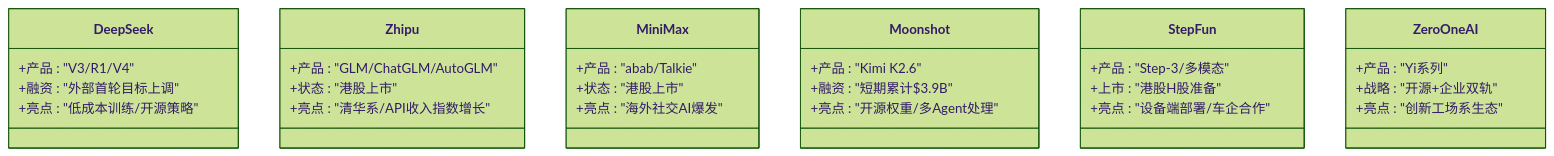
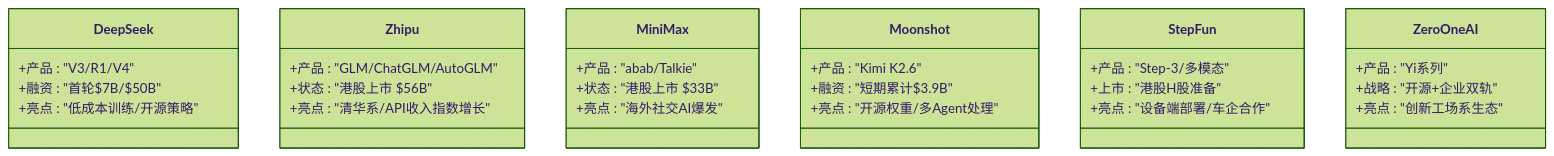
One commit to allengaller/awesome-startups changed the third of 7 diagrams in .qoder/repowiki/zh/content/中国初创公司.md. Above: the diagram before and after it, drawn with Mermaid (forest theme). The commit also changed other lines of this file and 20 other files, not shown here.

````diff
--- a/.qoder/repowiki/zh/content/中国初创公司.md
+++ b/.qoder/repowiki/zh/content/中国初创公司.md
@@ -79,33 +93,33 @@
 ```mermaid
 classDiagram
 class DeepSeek {
 +产品 : "V3/R1/V4"
-+融资 : "外部首轮目标上调"
++融资 : "首轮$7B/$50B"
 +亮点 : "低成本训练/开源策略"
 }
 class Zhipu {
 +产品 : "GLM/ChatGLM/AutoGLM"
-+状态 : "港股上市"
++状态 : "港股上市 $56B"
 +亮点 : "清华系/API收入指数增长"
 }
 class MiniMax {
 +产品 : "abab/Talkie"
-+状态 : "港股上市"
++状态 : "港股上市 $33B"
 +亮点 : "海外社交AI爆发"
 }
 class Moonshot {
 +产品 : "Kimi K2.6"
 +融资 : "短期累计$3.9B"
 +亮点 : "开源权重/多Agent处理"
 }
 class StepFun {
 +产品 : "Step-3/多模态"
 +上市 : "港股H股准备"
 +亮点 : "设备端部署/车企合作"
 }
 class ZeroOneAI {
 +产品 : "Yi系列"
 +战略 : "开源+企业双轨"
 +亮点 : "创新工场系生态"
 }
 ```
````
